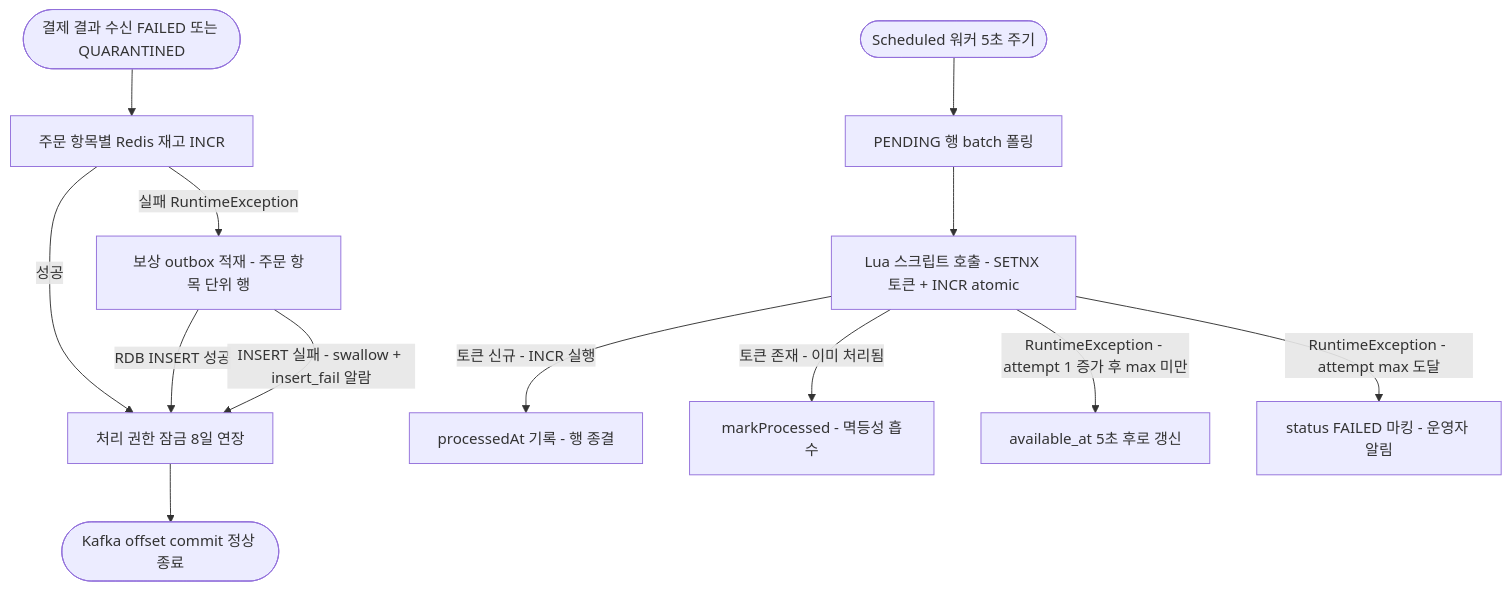
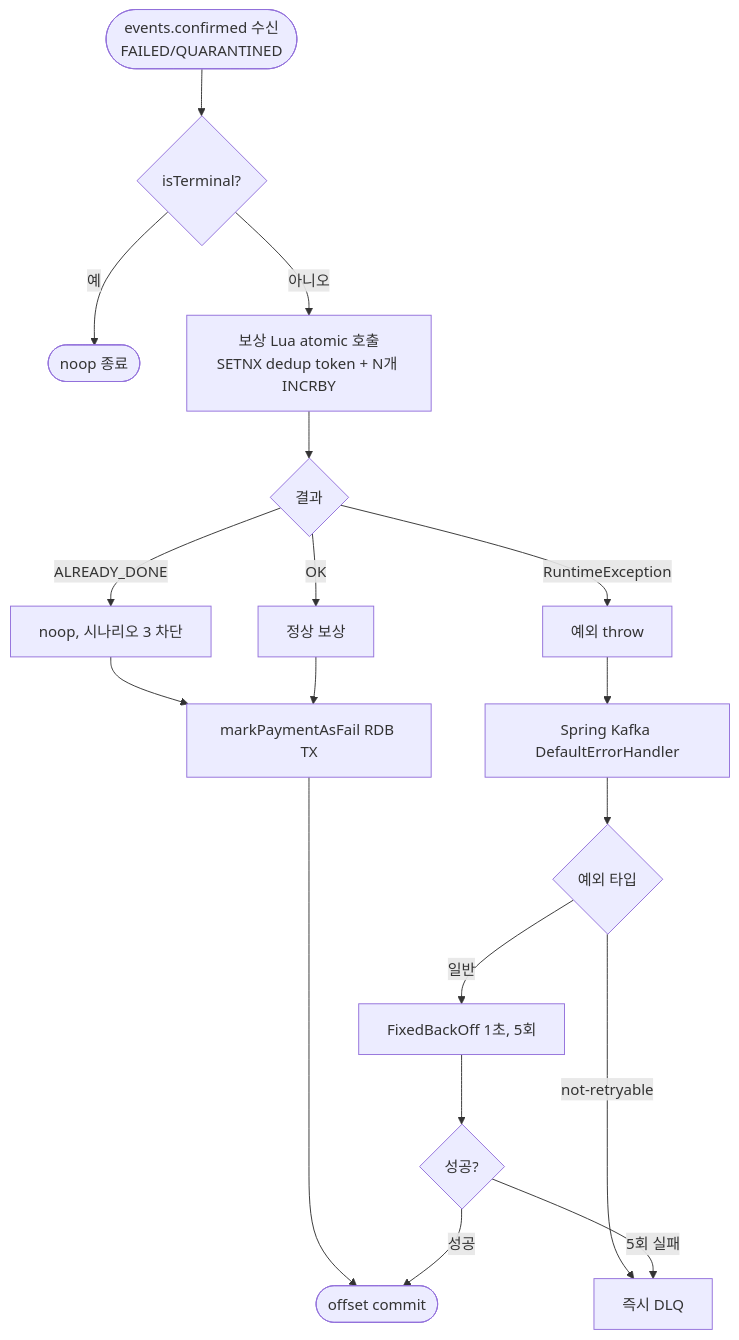
One commit to hyoguoo/payment-platform changed the third of 5 diagrams in docs/topics/STOCK-COMPENSATION-RECOVERY.md. Above: the diagram before and after it, drawn with Mermaid. The commit also changed other lines of this file and 1 other file, not shown here.

Commit message:
docs(stock-compensation-recovery): Round 7 — Candidate D 폐기, Lua atomic + Kafka native + dedupe lease 제거 채택

````diff
--- a/docs/topics/STOCK-COMPENSATION-RECOVERY.md
+++ b/docs/topics/STOCK-COMPENSATION-RECOVERY.md
@@ -92,16 +78,22 @@
 ```mermaid
 flowchart TD
-    A([결제 결과 수신 FAILED 또는 QUARANTINED]) --> B[주문 항목별 Redis 재고 INCR]
-    B -->|성공| C[처리 권한 잠금 8일 연장]
-    C --> D([Kafka offset commit 정상 종료])
-    B -->|실패 RuntimeException| E[보상 outbox 적재 - 주문 항목 단위 행]
-    E -->|RDB INSERT 성공| C
-    E -->|INSERT 실패 - swallow + insert_fail 알람| C
+    A([events.confirmed 수신<br/>FAILED/QUARANTINED]) --> B{isTerminal?}
+    B -->|예| Z([noop 종료])
+    B -->|아니오| C[보상 Lua atomic 호출<br/>SETNX dedup token + N개 INCRBY]
+    C --> D{결과}
+    D -->|ALREADY_DONE| E[noop, 시나리오 3 차단]
+    D -->|OK| F[정상 보상]
+    D -->|RuntimeException| G[예외 throw]
 
-    F([Scheduled 워커 5초 주기]) --> G[PENDING 행 batch 폴링]
-    G --> H[Lua 스크립트 호출 - SETNX 토큰 + INCR atomic]
-    H -->|토큰 신규 - INCR 실행| I[processedAt 기록 - 행 종결]
-    H -->|토큰 존재 - 이미 처리됨| J[markProcessed - 멱등성 흡수]
-    H -->|RuntimeException - attempt 1 증가 후 max 미만| K[available_at 5초 후로 갱신]
-    H -->|RuntimeException - attempt max 도달| L[status FAILED 마킹 - 운영자 알림]
+    E --> H[markPaymentAsFail RDB TX]
+    F --> H
+    H --> I([offset commit])
+
+    G --> J[Spring Kafka DefaultErrorHandler]
+    J --> K{예외 타입}
+    K -->|not-retryable| L[즉시 DLQ]
+    K -->|일반| M["FixedBackOff 1초, 5회"]
+    M --> N{성공?}
+    N -->|성공| I
+    N -->|5회 실패| L
 ```
````
